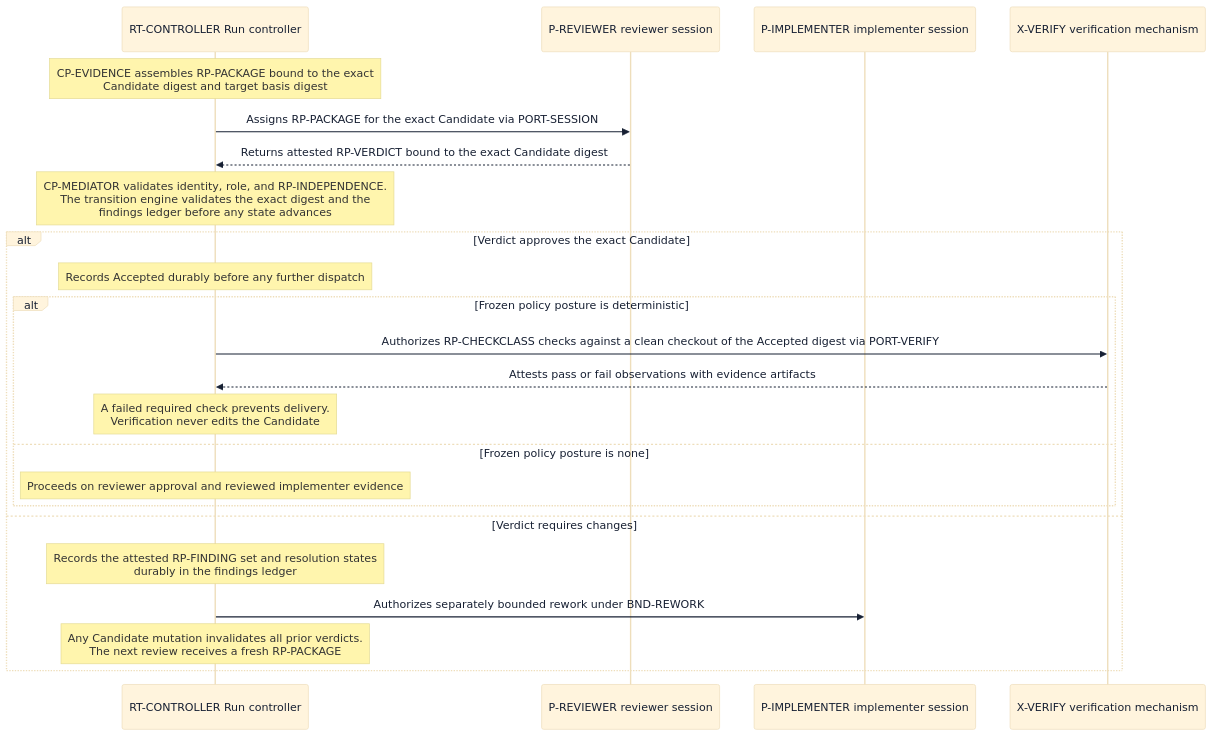
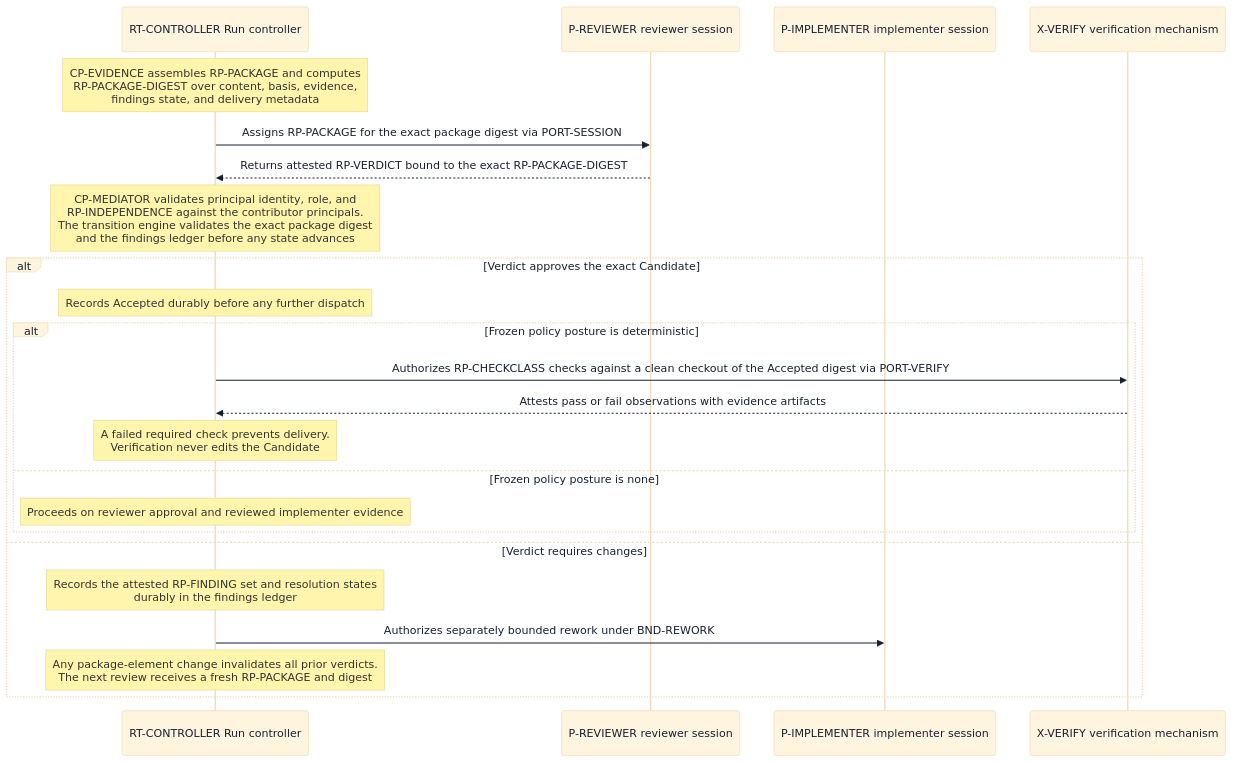
The diagram in docs/redesign/design/review-and-verification-execution.md (agentic-workflow-kit/jig), drawn with Mermaid before and after one commit. The commit also changed other lines of this file and 10 other files, not shown here.

Commit message:
docs: resolve the ten blocking findings of the owner's Layer 2 review

````diff
--- a/docs/redesign/design/review-and-verification-execution.md
+++ b/docs/redesign/design/review-and-verification-execution.md
@@ -139,27 +164,27 @@
 ```mermaid
 %%{init: {"theme": "base", "themeVariables": {"fontFamily": "Inter, ui-sans-serif, system-ui", "primaryTextColor": "#172033", "lineColor": "#65758b"}}}%%
 sequenceDiagram
     participant Ctl as RT-CONTROLLER Run controller
     participant Rev as P-REVIEWER reviewer session
     participant Impl as P-IMPLEMENTER implementer session
     participant Ver as X-VERIFY verification mechanism
 
-    Note over Ctl: CP-EVIDENCE assembles RP-PACKAGE bound to the exact<br/>Candidate digest and target basis digest
-    Ctl->>Rev: Assigns RP-PACKAGE for the exact Candidate via PORT-SESSION
-    Rev-->>Ctl: Returns attested RP-VERDICT bound to the exact Candidate digest
-    Note over Ctl: CP-MEDIATOR validates identity, role, and RP-INDEPENDENCE.<br/>The transition engine validates the exact digest and the<br/>findings ledger before any state advances
+    Note over Ctl: CP-EVIDENCE assembles RP-PACKAGE and computes<br/>RP-PACKAGE-DIGEST over content, basis, evidence,<br/>findings state, and delivery metadata
+    Ctl->>Rev: Assigns RP-PACKAGE for the exact package digest via PORT-SESSION
+    Rev-->>Ctl: Returns attested RP-VERDICT bound to the exact RP-PACKAGE-DIGEST
+    Note over Ctl: CP-MEDIATOR validates principal identity, role, and<br/>RP-INDEPENDENCE against the contributor principals.<br/>The transition engine validates the exact package digest<br/>and the findings ledger before any state advances
     alt Verdict approves the exact Candidate
         Note over Ctl: Records Accepted durably before any further dispatch
         alt Frozen policy posture is deterministic
             Ctl->>Ver: Authorizes RP-CHECKCLASS checks against a clean checkout of the Accepted digest via PORT-VERIFY
             Ver-->>Ctl: Attests pass or fail observations with evidence artifacts
             Note over Ctl: A failed required check prevents delivery.<br/>Verification never edits the Candidate
         else Frozen policy posture is none
             Note over Ctl: Proceeds on reviewer approval and reviewed implementer evidence
         end
     else Verdict requires changes
         Note over Ctl: Records the attested RP-FINDING set and resolution states<br/>durably in the findings ledger
         Ctl->>Impl: Authorizes separately bounded rework under BND-REWORK
-        Note over Ctl: Any Candidate mutation invalidates all prior verdicts.<br/>The next review receives a fresh RP-PACKAGE
+        Note over Ctl: Any package-element change invalidates all prior verdicts.<br/>The next review receives a fresh RP-PACKAGE and digest
     end
 ```
````
